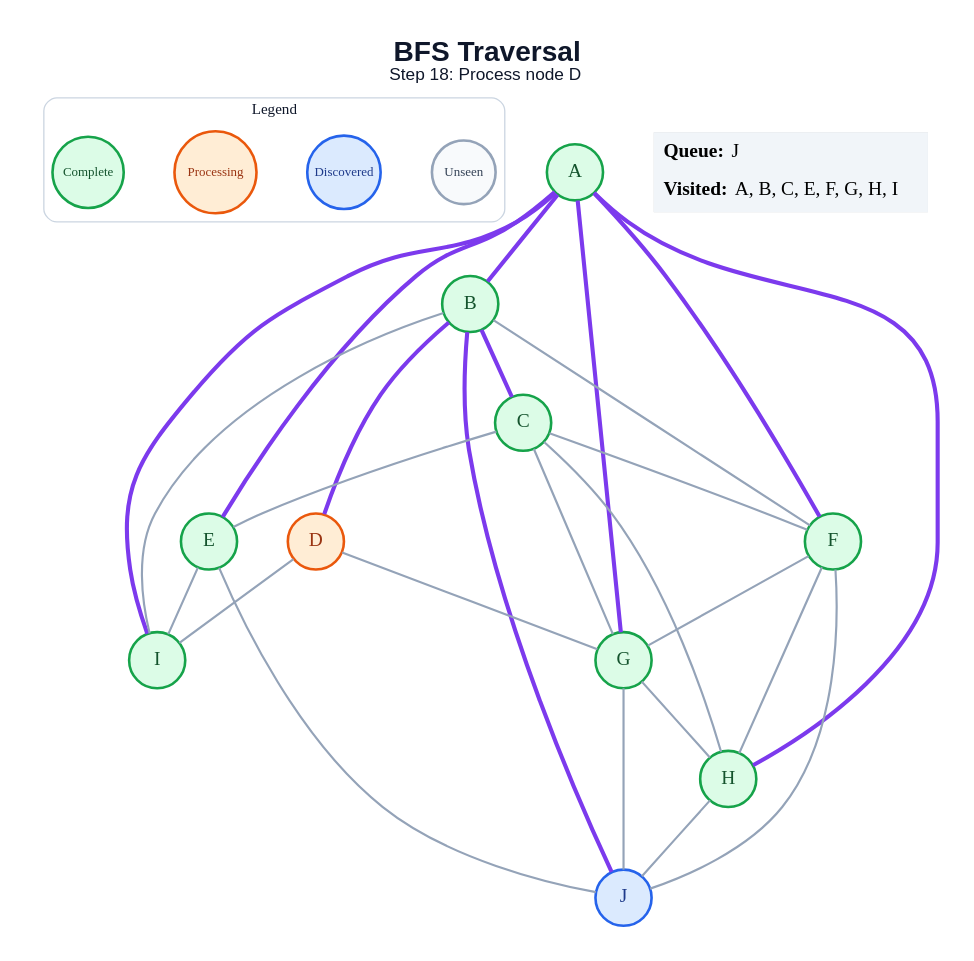
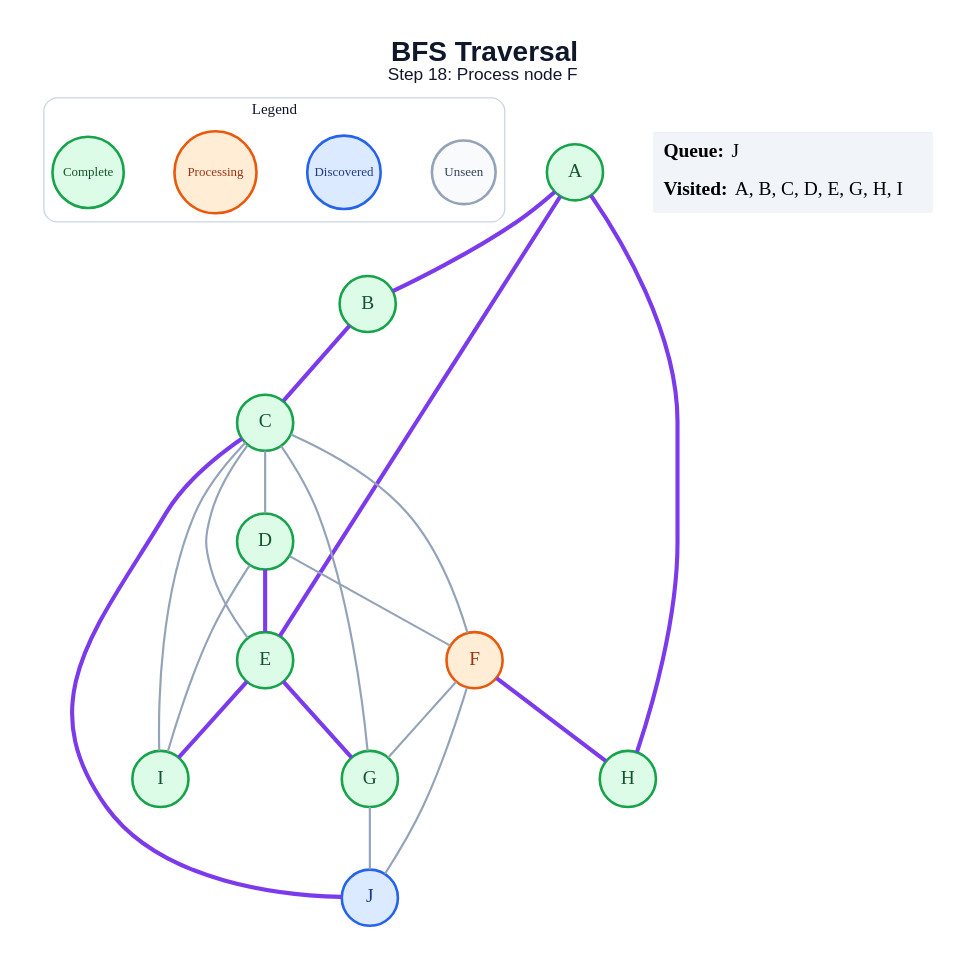
The diagram in generated/bfs/step_18.dot (anon7238593-create/ai-slop), drawn with Graphviz before and after one commit. The commit also changed 178 other files, not shown here.

```diff
--- a/generated/bfs/step_18.dot
+++ b/generated/bfs/step_18.dot
@@ -1,54 +1,48 @@
 graph traversal {
   graph [layout=dot, rankdir=TB, bgcolor="#FFFFFF", pad="0.35", nodesep="0.65", ranksep="0.8", fontname="Arial"];
   node [shape=circle, style="filled", fontname="Arial Bold", fontsize=18, width=0.72, fixedsize=true, penwidth=2.4];
   edge [color="#94A3B8", penwidth=2.0];
-  label=<<B>BFS Traversal</B><BR/><FONT POINT-SIZE="16">Step 18: Process node D</FONT>>; labelloc="t"; fontsize=26; fontname="Arial"; fontcolor="#0F172A";
+  label=<<B>BFS Traversal</B><BR/><FONT POINT-SIZE="16">Step 18: Process node F</FONT>>; labelloc="t"; fontsize=26; fontname="Arial"; fontcolor="#0F172A";
   subgraph cluster_legend { label="Legend"; color="#CBD5E1"; penwidth=1.2; style="rounded"; fontsize=14; fontname="Arial Bold";
     key_unseen [label="Unseen", fillcolor="#F8FAFC", color="#94A3B8", fontcolor="#334155", fontsize=12, width=0.82];
     key_frontier [label="Discovered", fillcolor="#DBEAFE", color="#2563EB", fontcolor="#1E3A8A", fontsize=12, width=0.95];
     key_current [label="Processing", fillcolor="#FFEDD5", color="#EA580C", fontcolor="#9A3412", fontsize=12, width=1.05];
     key_done [label="Complete", fillcolor="#DCFCE7", color="#16A34A", fontcolor="#14532D", fontsize=12, width=0.92];
     { rank=same; key_unseen; key_frontier; key_current; key_done; }
   }
   A [fillcolor="#DCFCE7", color="#16A34A", fontcolor="#14532D"];
   B [fillcolor="#DCFCE7", color="#16A34A", fontcolor="#14532D"];
   C [fillcolor="#DCFCE7", color="#16A34A", fontcolor="#14532D"];
-  D [fillcolor="#FFEDD5", color="#EA580C", fontcolor="#9A3412"];
+  D [fillcolor="#DCFCE7", color="#16A34A", fontcolor="#14532D"];
   E [fillcolor="#DCFCE7", color="#16A34A", fontcolor="#14532D"];
-  F [fillcolor="#DCFCE7", color="#16A34A", fontcolor="#14532D"];
+  F [fillcolor="#FFEDD5", color="#EA580C", fontcolor="#9A3412"];
   G [fillcolor="#DCFCE7", color="#16A34A", fontcolor="#14532D"];
   H [fillcolor="#DCFCE7", color="#16A34A", fontcolor="#14532D"];
   I [fillcolor="#DCFCE7", color="#16A34A", fontcolor="#14532D"];
   J [fillcolor="#DBEAFE", color="#2563EB", fontcolor="#1E3A8A"];
   A -- B [color="#7C3AED", penwidth=3.8];
   A -- E [color="#7C3AED", penwidth=3.8];
-  A -- F [color="#7C3AED", penwidth=3.8];
-  A -- G [color="#7C3AED", penwidth=3.8];
   A -- H [color="#7C3AED", penwidth=3.8];
-  A -- I [color="#7C3AED", penwidth=3.8];
   B -- C [color="#7C3AED", penwidth=3.8];
-  B -- D [color="#7C3AED", penwidth=3.8];
-  B -- F;
-  B -- I;
-  B -- J [color="#7C3AED", penwidth=3.8];
+  C -- D;
   C -- E;
   C -- F;
   C -- G;
-  C -- H;
-  D -- G;
+  C -- I;
+  C -- J [color="#7C3AED", penwidth=3.8];
+  D -- E [color="#7C3AED", penwidth=3.8];
+  D -- F;
   D -- I;
-  E -- I;
-  E -- J;
+  E -- G [color="#7C3AED", penwidth=3.8];
+  E -- I [color="#7C3AED", penwidth=3.8];
   F -- G;
-  F -- H;
+  F -- H [color="#7C3AED", penwidth=3.8];
   F -- J;
-  G -- H;
   G -- J;
-  H -- J;
   status [shape=plain, fixedsize=false, width=0, height=0, margin=0, label=<
     <TABLE BORDER="0" CELLBORDER="0" CELLPADDING="7" BGCOLOR="#F1F5F9">
       <TR><TD ALIGN="LEFT"><B>Queue:</B> J</TD></TR>
-      <TR><TD ALIGN="LEFT"><B>Visited:</B> A, B, C, E, F, G, H, I</TD></TR>
+      <TR><TD ALIGN="LEFT"><B>Visited:</B> A, B, C, D, E, G, H, I</TD></TR>
     </TABLE>
   >];
 }
```
